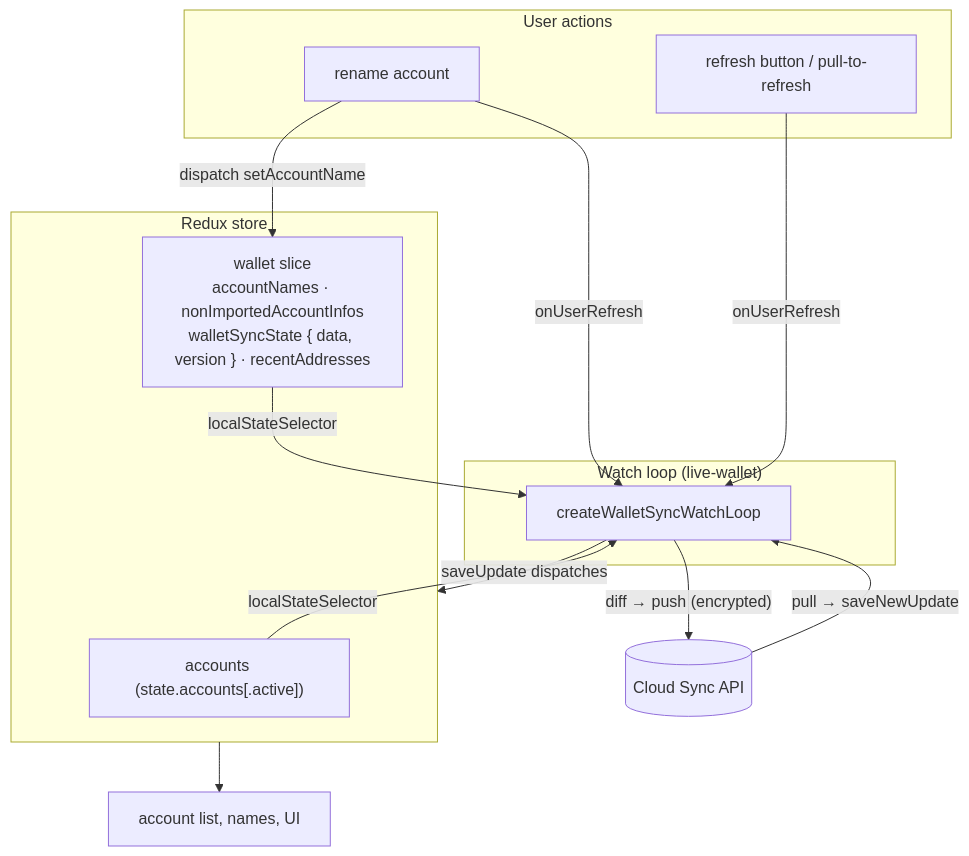
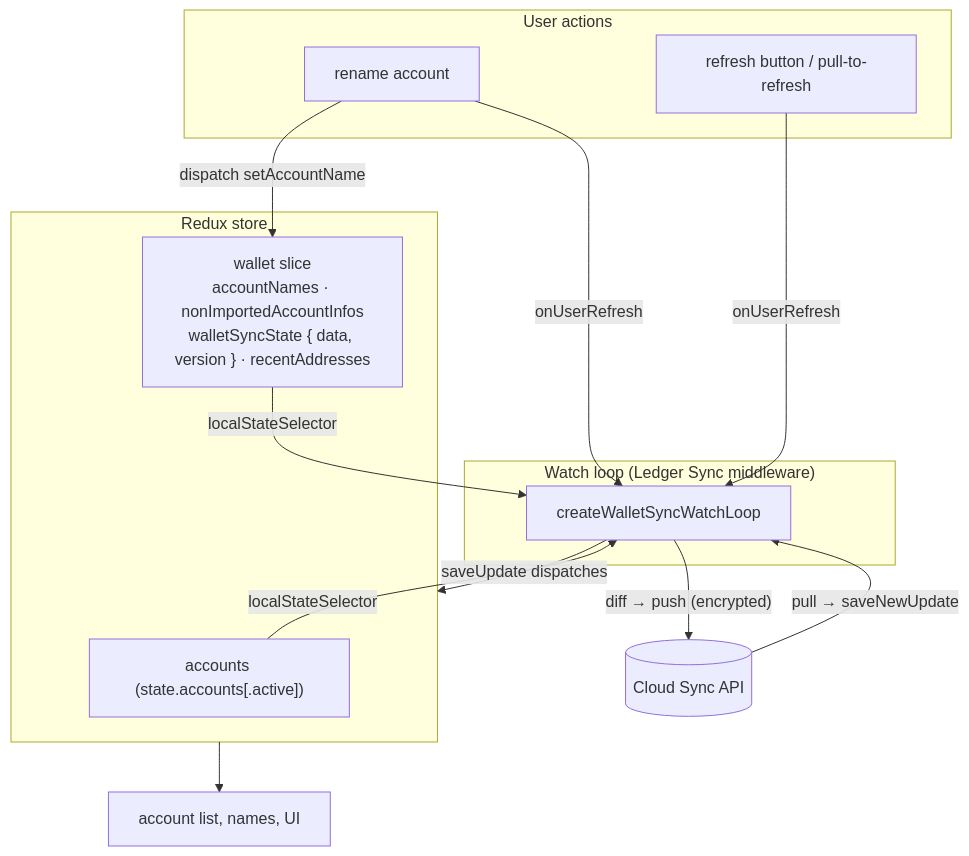
The diagram in docs/ledger-sync/07-app-integration.md (LedgerHQ/ledger-live), drawn with Mermaid before and after one commit. The commit also changed other lines of this file and 78 other files, not shown here.

First line of the commit message:
refactor(ledger-sync): follow the app config switch

````diff
--- a/docs/ledger-sync/07-app-integration.md
+++ b/docs/ledger-sync/07-app-integration.md
@@ -25,26 +27,26 @@
 ```mermaid
 flowchart TB
     subgraph user["User actions"]
         rename["rename account"]
         refresh["refresh button / pull-to-refresh"]
     end
     subgraph redux["Redux store"]
         accounts["accounts (state.accounts[.active])"]
         wallet["wallet slice<br/>accountNames · nonImportedAccountInfos<br/>walletSyncState { data, version } · recentAddresses"]
     end
-    subgraph loop["Watch loop (live-wallet)"]
+    subgraph loop["Watch loop (Ledger Sync middleware)"]
         wl["createWalletSyncWatchLoop"]
     end
     csapi[("Cloud Sync API")]
 
     rename -->|"dispatch setAccountName"| wallet
     rename -->|onUserRefresh| wl
     refresh -->|onUserRefresh| wl
 
     wallet -->|localStateSelector| wl
     accounts -->|localStateSelector| wl
     wl -->|"diff → push (encrypted)"| csapi
     csapi -->|"pull → saveNewUpdate"| wl
     wl -->|saveUpdate dispatches| redux
     redux --> ui["account list, names, UI"]
 ```
````
